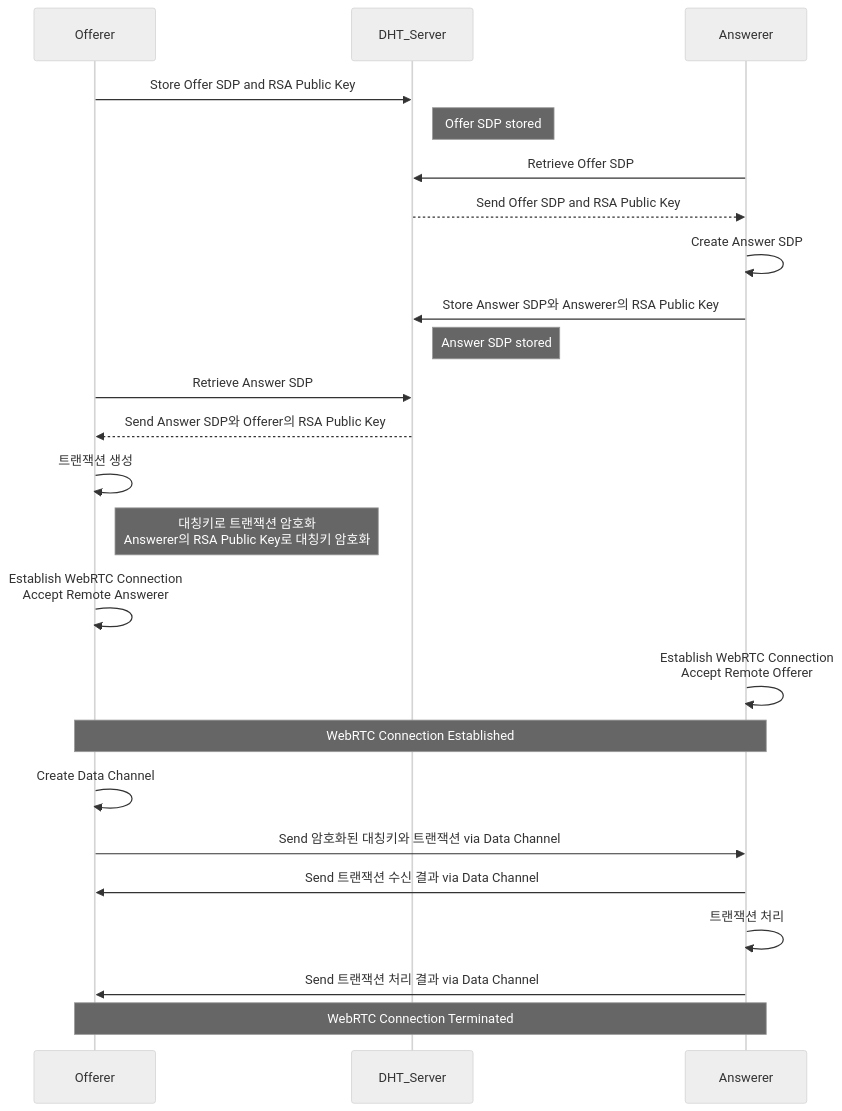
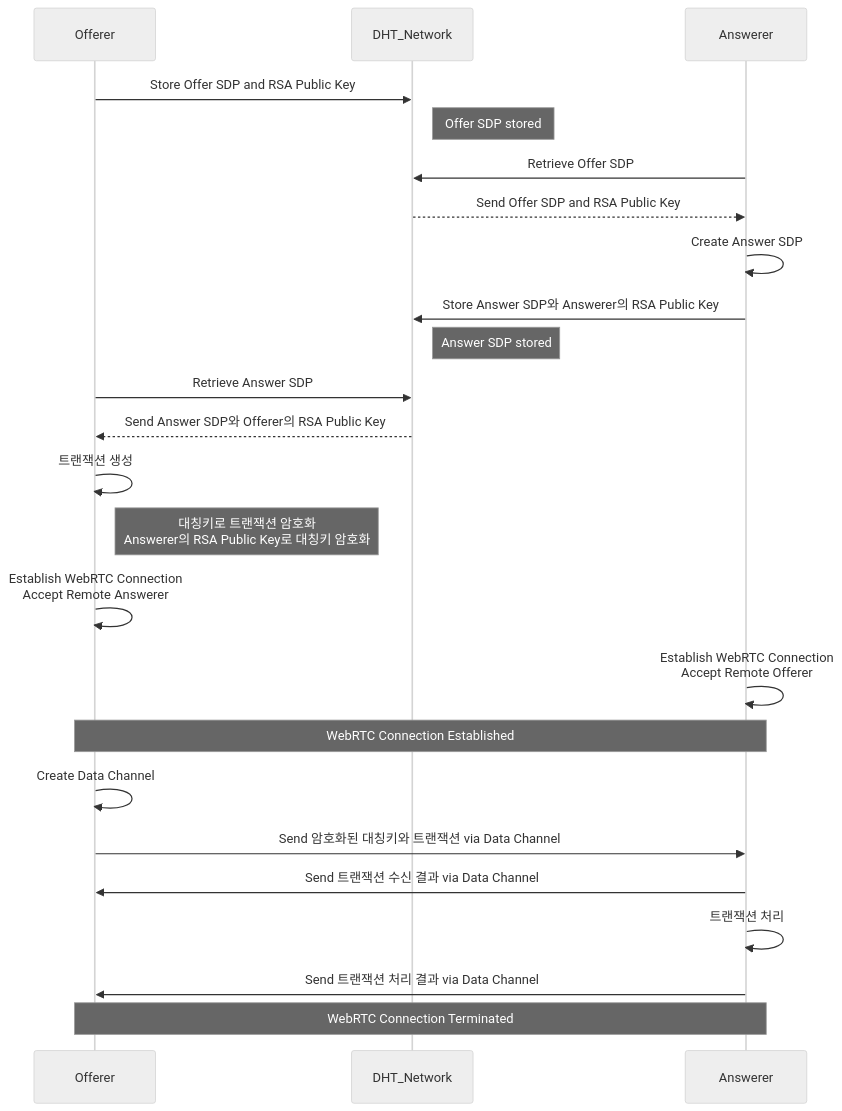
One commit to tanminkwan/blockchain changed the second of 2 diagrams in README.md. Above: the diagram before and after it, drawn with Mermaid (neutral theme). The commit also changed 1 other file, not shown here.

````diff
--- a/README.md
+++ b/README.md
@@ -28,34 +28,34 @@
 ```mermaid
 sequenceDiagram
     participant Offerer
-    participant DHT_Server
+    participant DHT_Network
     participant Answerer
 
-    Offerer->>DHT_Server: Store Offer SDP and RSA Public Key
-    Note right of DHT_Server: Offer SDP stored
+    Offerer->>DHT_Network: Store Offer SDP and RSA Public Key
+    Note right of DHT_Network: Offer SDP stored
 
-    Answerer->>DHT_Server: Retrieve Offer SDP
-    DHT_Server-->>Answerer: Send Offer SDP and RSA Public Key
+    Answerer->>DHT_Network: Retrieve Offer SDP
+    DHT_Network-->>Answerer: Send Offer SDP and RSA Public Key
 
     Answerer->>Answerer: Create Answer SDP
-    Answerer->>DHT_Server: Store Answer SDP와 Answerer의 RSA Public Key
-    Note right of DHT_Server: Answer SDP stored
+    Answerer->>DHT_Network: Store Answer SDP와 Answerer의 RSA Public Key
+    Note right of DHT_Network: Answer SDP stored
 
-    Offerer->>DHT_Server: Retrieve Answer SDP
-    DHT_Server-->>Offerer: Send Answer SDP와 Offerer의 RSA Public Key
+    Offerer->>DHT_Network: Retrieve Answer SDP
+    DHT_Network-->>Offerer: Send Answer SDP와 Offerer의 RSA Public Key
 
     Offerer->>Offerer: 트랜잭션 생성
     Note right of Offerer: 대칭키로 트랜잭션 암호화<br/>Answerer의 RSA Public Key로 대칭키 암호화
     
     Offerer->>Offerer: Establish WebRTC Connection<br/>Accept Remote Answerer
     Answerer->>Answerer: Establish WebRTC Connection<br/>Accept Remote Offerer
 
     Note over Offerer,Answerer: WebRTC Connection Established
     Offerer->>Offerer: Create Data Channel
     Offerer->>Answerer: Send 암호화된 대칭키와 트랜잭션 via Data Channel
     Answerer->>Offerer: Send 트랜잭션 수신 결과 via Data Channel
     Answerer->>Answerer: 트랜잭션 처리
     Answerer->>Offerer: Send 트랜잭션 처리 결과 via Data Channel
 
     Note over Offerer,Answerer: WebRTC Connection Terminated
 ```
````
